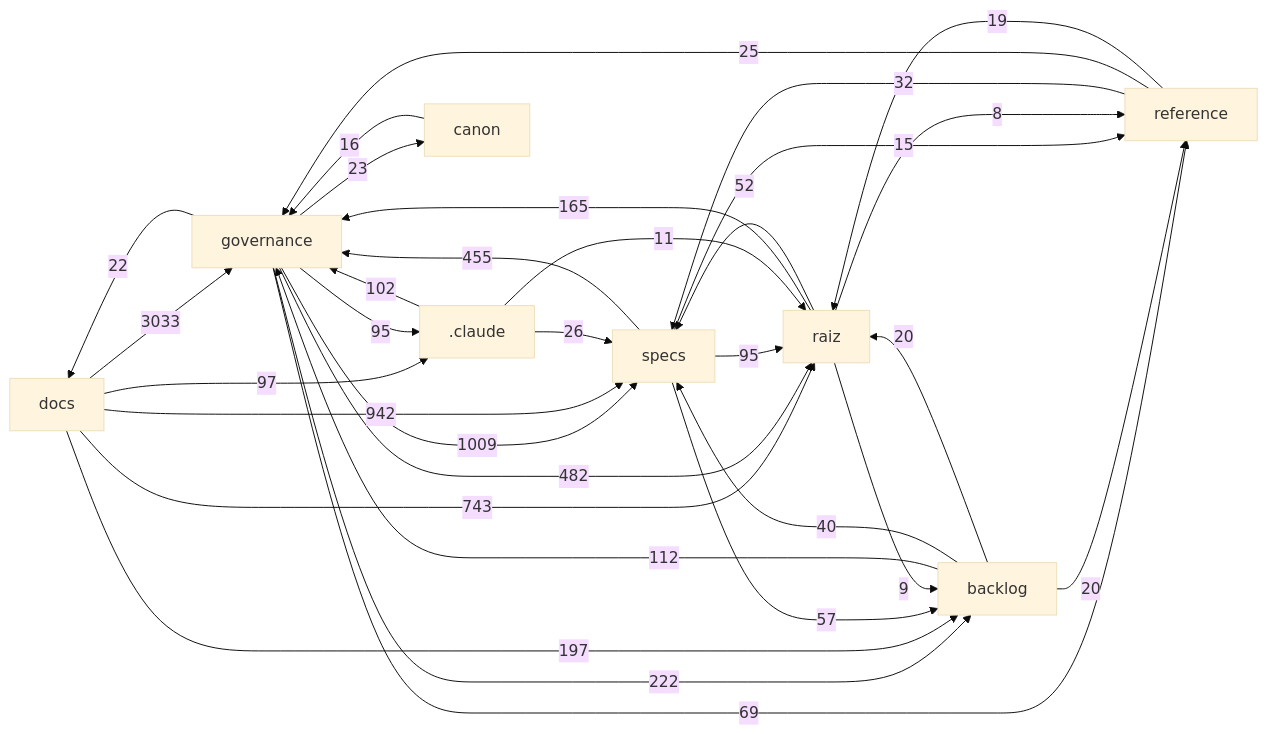
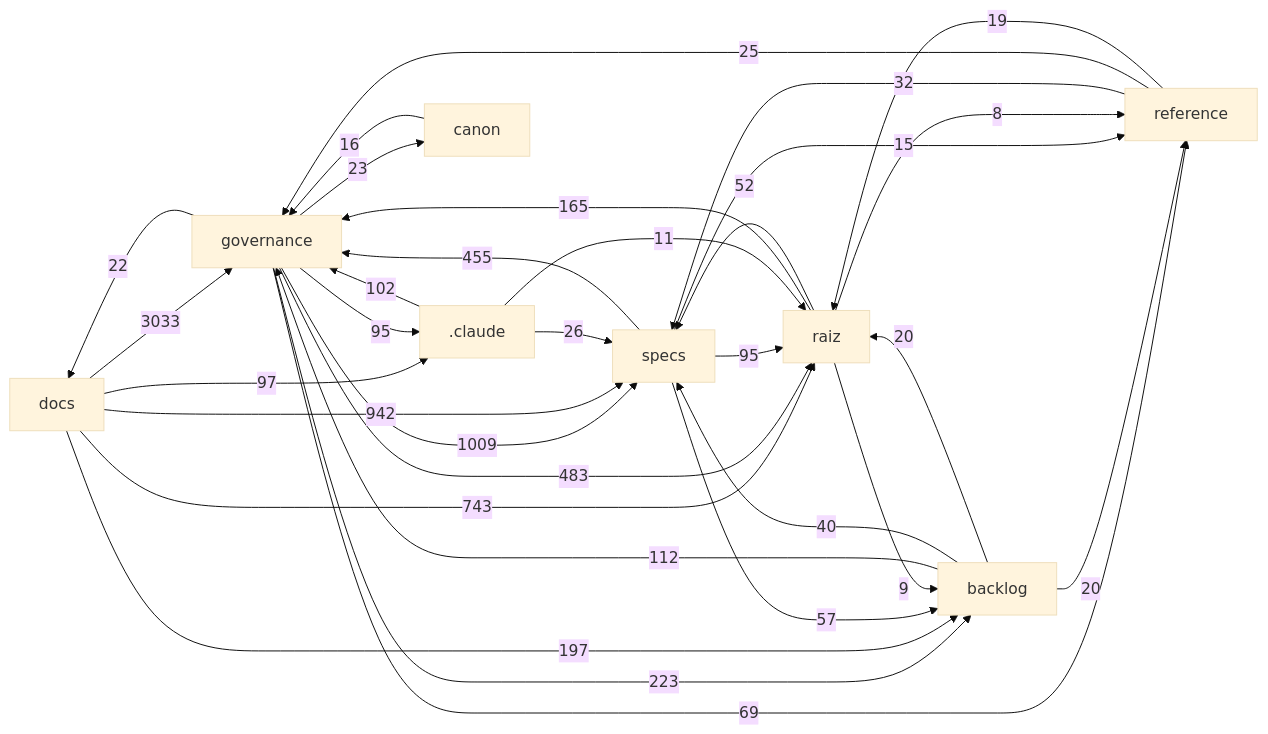
The diagram in docs/mapa/MAPA-PROJETO.md (Andraus35/Sistema-Operacional-de-Trading--SOT), drawn with Mermaid (base theme) before and after one commit. The commit also changed other lines of this file and 9 other files, not shown here.

````diff
--- a/docs/mapa/MAPA-PROJETO.md
+++ b/docs/mapa/MAPA-PROJETO.md
@@ -29,34 +29,34 @@
 ```mermaid
 flowchart LR
   docs["docs"] -->|3033| governance["governance"]
   governance["governance"] -->|1009| specs["specs"]
   docs["docs"] -->|942| specs["specs"]
   docs["docs"] -->|743| raiz["raiz"]
-  governance["governance"] -->|482| raiz["raiz"]
+  governance["governance"] -->|483| raiz["raiz"]
   specs["specs"] -->|455| governance["governance"]
-  governance["governance"] -->|222| backlog["backlog"]
+  governance["governance"] -->|223| backlog["backlog"]
   docs["docs"] -->|197| backlog["backlog"]
   raiz["raiz"] -->|165| governance["governance"]
   backlog["backlog"] -->|112| governance["governance"]
   _claude[".claude"] -->|102| governance["governance"]
   docs["docs"] -->|97| _claude[".claude"]
   governance["governance"] -->|95| _claude[".claude"]
   specs["specs"] -->|95| raiz["raiz"]
   governance["governance"] -->|69| reference["reference"]
   specs["specs"] -->|57| backlog["backlog"]
   raiz["raiz"] -->|52| specs["specs"]
   backlog["backlog"] -->|40| specs["specs"]
   reference["reference"] -->|32| specs["specs"]
   _claude[".claude"] -->|26| specs["specs"]
   reference["reference"] -->|25| governance["governance"]
   governance["governance"] -->|23| canon["canon"]
   governance["governance"] -->|22| docs["docs"]
   backlog["backlog"] -->|20| raiz["raiz"]
   backlog["backlog"] -->|20| reference["reference"]
   reference["reference"] -->|19| raiz["raiz"]
   canon["canon"] -->|16| governance["governance"]
   specs["specs"] -->|15| reference["reference"]
   _claude[".claude"] -->|11| raiz["raiz"]
   raiz["raiz"] -->|9| backlog["backlog"]
   raiz["raiz"] -->|8| reference["reference"]
 ```
````
